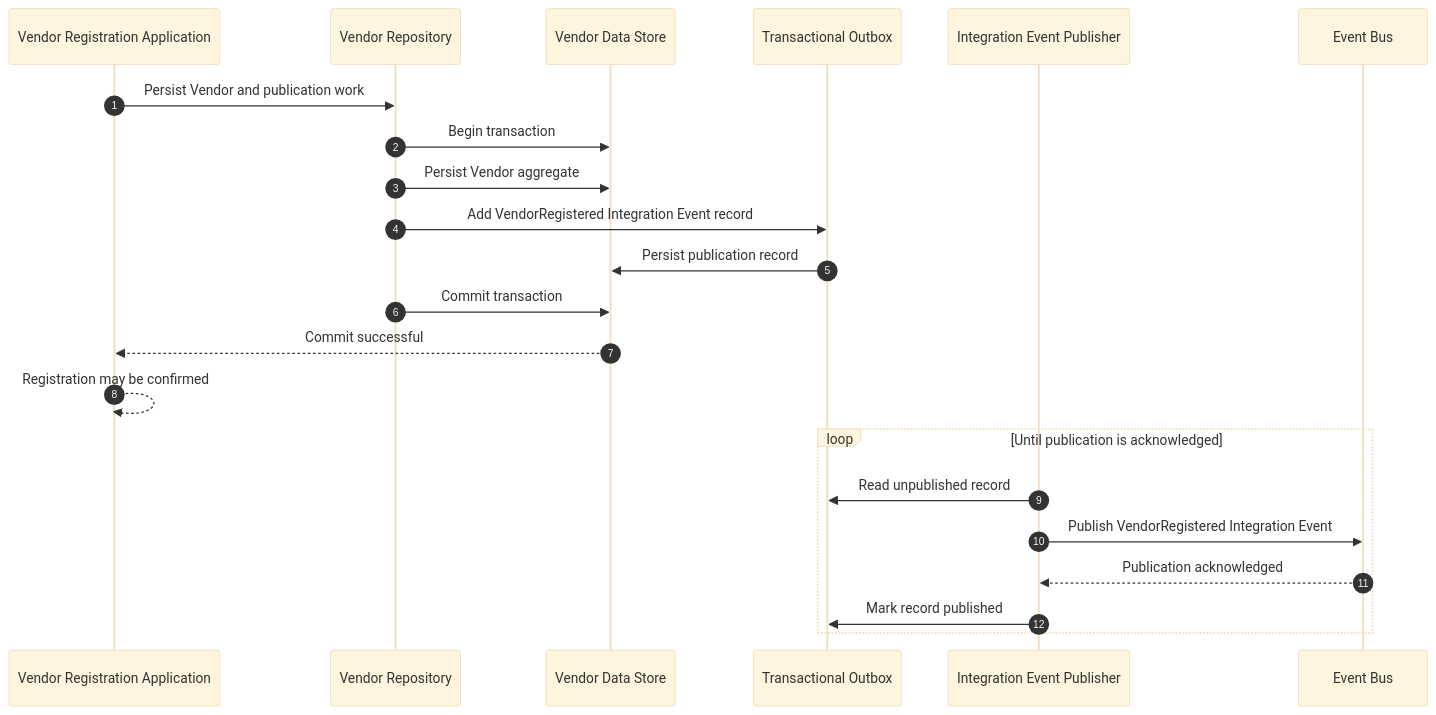
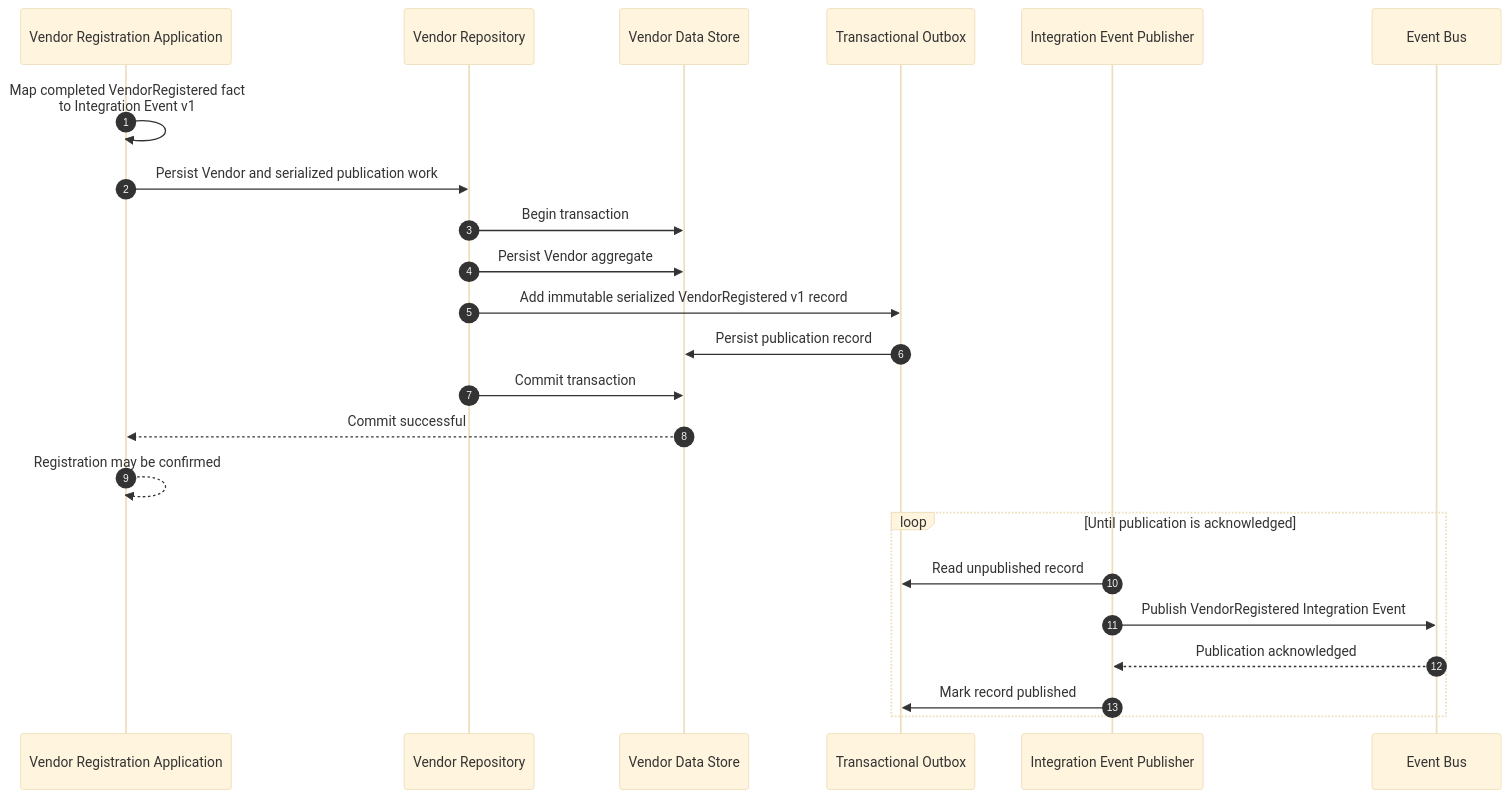
The fifth of 7 diagrams in docs/architecture/HJ-105 - Vendor Registration Sequence Diagram.md (Joasties/HotJoes), drawn with Mermaid (base theme) before and after one commit. The commit also changed other lines of this file and 141 other files, not shown here.

````diff
--- a/docs/architecture/HJ-105 - Vendor Registration Sequence Diagram.md
+++ b/docs/architecture/HJ-105 - Vendor Registration Sequence Diagram.md
@@ -382,26 +412,27 @@
 ```mermaid
 sequenceDiagram
     autonumber
     participant Application as Vendor Registration Application
     participant Repository as Vendor Repository
     participant Store as Vendor Data Store
     participant Outbox as Transactional Outbox
     participant Publisher as Integration Event Publisher
     participant Bus as Event Bus
 
-    Application->>Repository: Persist Vendor and publication work
+    Application->>Application: Map completed VendorRegistered fact<br/>to Integration Event v1
+    Application->>Repository: Persist Vendor and serialized publication work
     Repository->>Store: Begin transaction
     Repository->>Store: Persist Vendor aggregate
-    Repository->>Outbox: Add VendorRegistered Integration Event record
+    Repository->>Outbox: Add immutable serialized VendorRegistered v1 record
     Outbox->>Store: Persist publication record
     Repository->>Store: Commit transaction
     Store-->>Application: Commit successful
     Application-->>Application: Registration may be confirmed
 
     loop Until publication is acknowledged
         Publisher->>Outbox: Read unpublished record
         Publisher->>Bus: Publish VendorRegistered Integration Event
         Bus-->>Publisher: Publication acknowledged
         Publisher->>Outbox: Mark record published
     end
 ```
````
